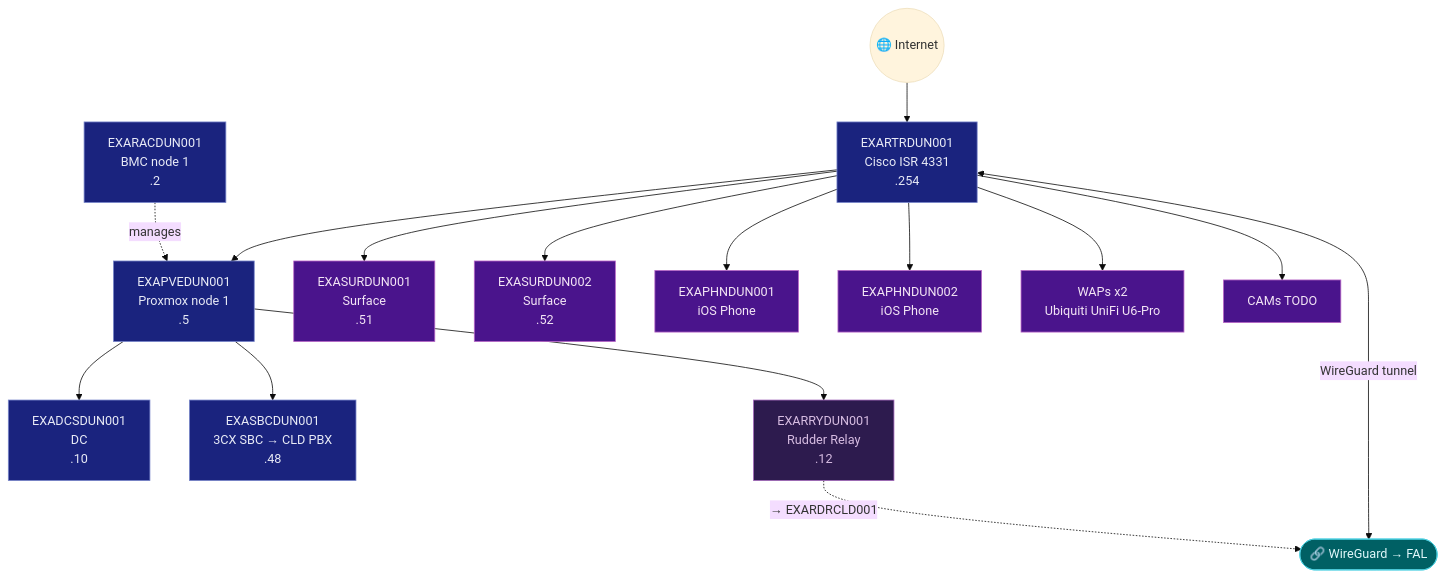
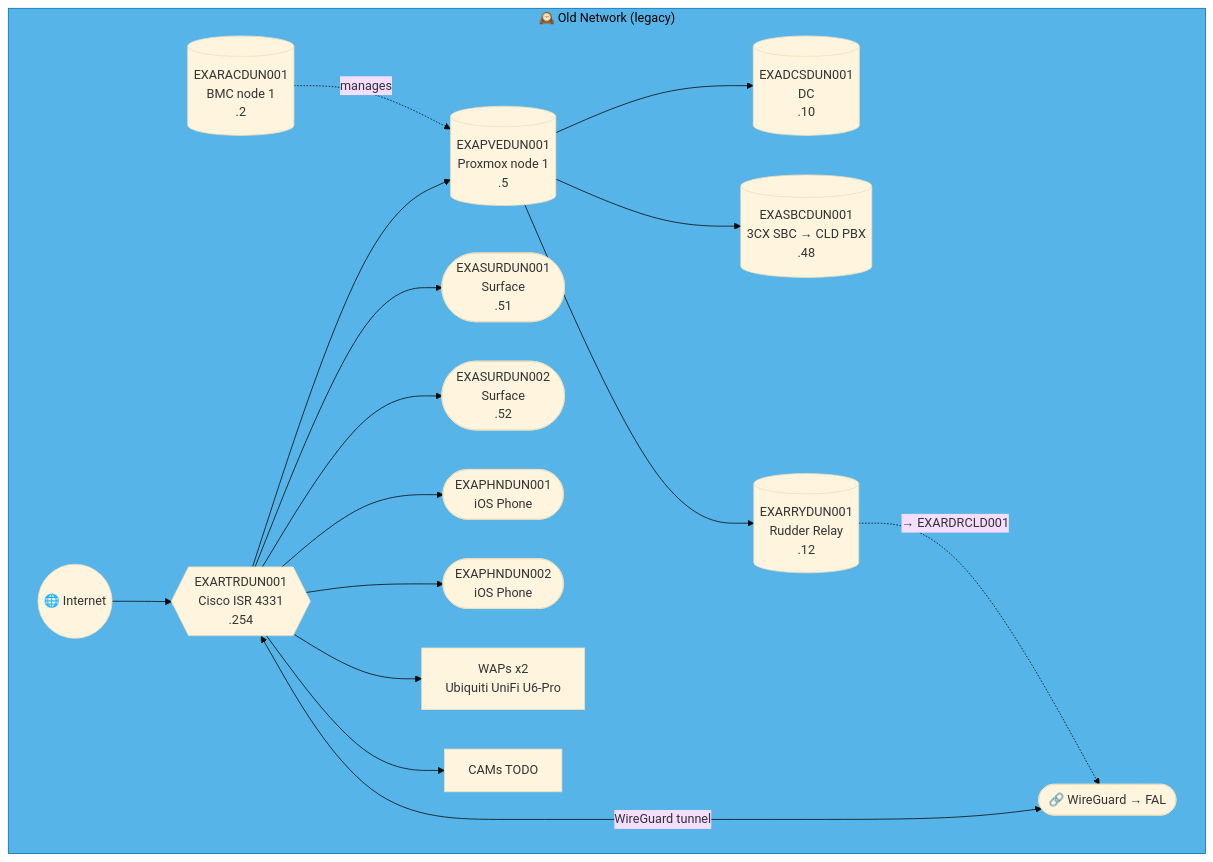
One commit to knightmare2600/example_music_infra changed the sixth of 47 diagrams in docs/network-diagram.md. Above: the diagram before and after it, drawn with Mermaid (base theme). The commit also changed other lines of this file and 2 other files, not shown here.

````diff
--- a/docs/network-diagram.md
+++ b/docs/network-diagram.md
@@ -393,36 +392,29 @@
 ```mermaid
 graph TD
-    INET(("🌐 Internet"))
-    RTR["EXARTRDUN001<br/>Cisco ISR 4331<br/>.254"]
-    RAC["EXARACDUN001<br/>BMC node 1<br/>.2"]
-    PVE["EXAPVEDUN001<br/>Proxmox node 1<br/>.5"]
-    DC["EXADCSDUN001<br/>DC<br/>.10"]
-    SBC["EXASBCDUN001<br/>3CX SBC → CLD PBX<br/>.48"]
-    RRY["EXARRYDUN001<br/>Rudder Relay<br/>.12"]
-    SUR1["EXASURDUN001<br/>Surface<br/>.51"]
-    SUR2["EXASURDUN002<br/>Surface<br/>.52"]
-    PHN1["EXAPHNDUN001<br/>iOS Phone"]
-    PHN2["EXAPHNDUN002<br/>iOS Phone"]
-    WAP["WAPs x2<br/>Ubiquiti UniFi U6-Pro"]
-    CAM["CAMs TODO"]
-    VPN(["🔗 WireGuard → FAL"])
+    subgraph OLD_DUN ["🕰️ Old Network (legacy)"]
+      INET(("🌐 Internet"))
+      RTR{{"EXARTRDUN001<br/>Cisco ISR 4331<br/>.254"}}
+      RAC[("EXARACDUN001<br/>BMC node 1<br/>.2")]
+      PVE[("EXAPVEDUN001<br/>Proxmox node 1<br/>.5")]
+      DC[("EXADCSDUN001<br/>DC<br/>.10")]
+      SBC[("EXASBCDUN001<br/>3CX SBC → CLD PBX<br/>.48")]
+      RRY[("EXARRYDUN001<br/>Rudder Relay<br/>.12")]
+      SUR1(["EXASURDUN001<br/>Surface<br/>.51"])
+      SUR2(["EXASURDUN002<br/>Surface<br/>.52"])
+      PHN1(["EXAPHNDUN001<br/>iOS Phone"])
+      PHN2(["EXAPHNDUN002<br/>iOS Phone"])
+      WAP["WAPs x2<br/>Ubiquiti UniFi U6-Pro"]
+      CAM["CAMs TODO"]
+      VPN(["🔗 WireGuard → FAL"])
 
-    INET --> RTR --> PVE
-    PVE --> DC & SBC
-    RAC -.->|"manages"| PVE
-    RTR --> SUR1 & SUR2 & PHN1 & PHN2 & WAP & CAM
-    RTR <-->|"WireGuard tunnel"| VPN
+      INET --> RTR --> PVE
+      PVE --> DC & SBC
+      RAC -.->|"manages"| PVE
+      RTR --> SUR1 & SUR2 & PHN1 & PHN2 & WAP & CAM
+      RTR <-->|"WireGuard tunnel"| VPN
 
-    PVE --> RRY
-    RRY -. "→ EXARDRCLD001" .-> VPN
-    classDef net fill:#1a237e,stroke:#7986cb,color:#e8eaf6
-    classDef srv fill:#1a237e,stroke:#7986cb,color:#e8eaf6
-    classDef ep fill:#4a148c,stroke:#ba68c8,color:#f3e5f5
-    classDef vpn fill:#006064,stroke:#4dd0e1,color:#e0f7fa
-    classDef rudder fill:#2d1b4e,stroke:#a569bd,color:#d7bde2
-    class RTR net
-    class PVE,DC,SBC,RAC srv
-    class RRY rudder
-    class SUR1,SUR2,PHN1,PHN2,WAP,CAM ep
-    class VPN vpn
+      PVE --> RRY
+      RRY -. "→ EXARDRCLD001" .-> VPN
+    end
+    style OLD_DUN fill:#56B4E9,stroke:#0072B2,color:#000000
 ```
````
